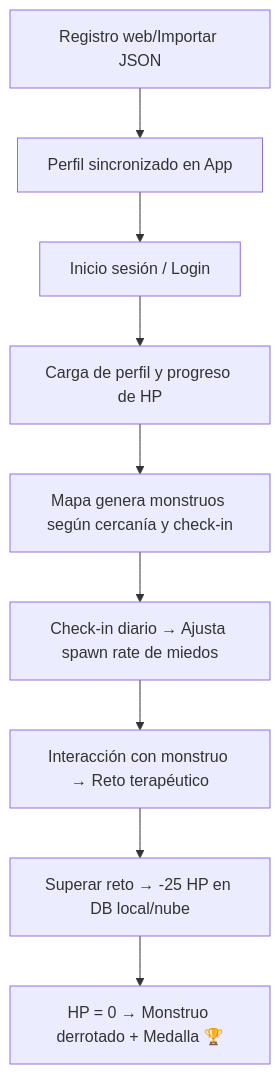
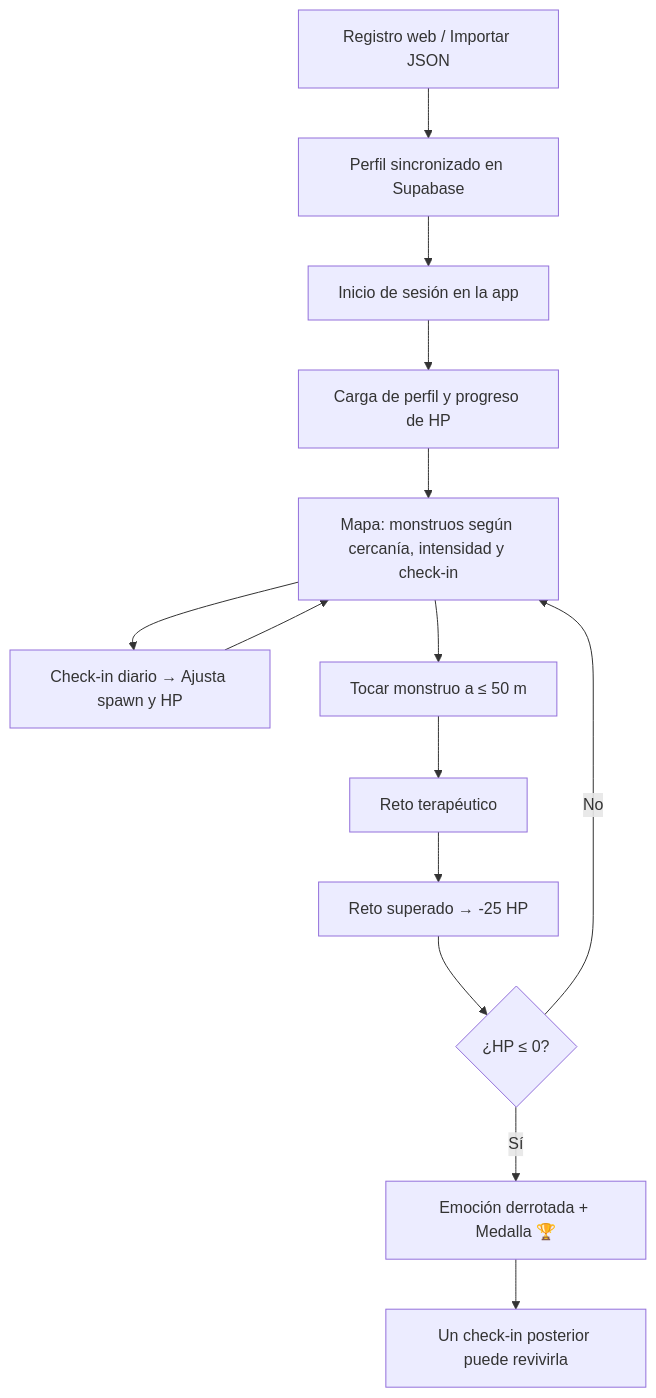
One commit to Efrix/aurora-go changed the diagram in README.md. Above: the diagram before and after it, drawn with Mermaid. The commit also changed other lines of this file and 7 other files, not shown here.

````diff
--- a/README.md
+++ b/README.md
@@ -92,11 +105,16 @@
 ```mermaid
 graph TD
-    A[Registro web/Importar JSON] --> B[Perfil sincronizado en App]
-    B --> C[Inicio sesión / Login]
+    A[Registro web / Importar JSON] --> B[Perfil sincronizado en Supabase]
+    B --> C[Inicio de sesión en la app]
     C --> D[Carga de perfil y progreso de HP]
-    D --> E[Mapa genera monstruos según cercanía y check-in]
-    E --> F[Check‑in diario → Ajusta spawn rate de miedos]
-    F --> G[Interacción con monstruo → Reto terapéutico]
-    G --> H[Superar reto → -25 HP en DB local/nube]
-    H --> I[HP = 0 → Monstruo derrotado + Medalla 🏆]
+    D --> E[Mapa: monstruos según cercanía, intensidad y check-in]
+    E --> F[Check-in diario → Ajusta spawn y HP]
+    F --> E
+    E --> G[Tocar monstruo a ≤ 50 m]
+    G --> H[Reto terapéutico]
+    H --> I[Reto superado → -25 HP]
+    I --> J{¿HP ≤ 0?}
+    J -->|No| E
+    J -->|Sí| K[Emoción derrotada + Medalla 🏆]
+    K --> L[Un check-in posterior puede revivirla]
 ```
````
